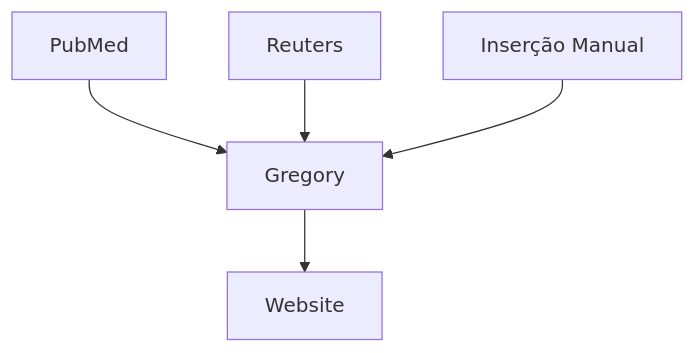
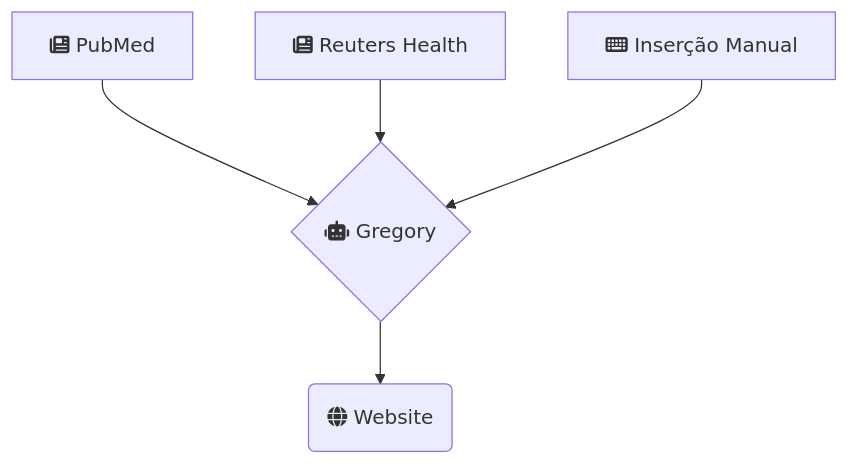
Before and after one commit to brunoamaral/gregory-ai: the diagram in content/about/index.md, drawn with Mermaid.

Commit message:
nicer graph

````diff
--- a/content/about/index.md
+++ b/content/about/index.md
@@ -25,7 +25,7 @@
 ```mermaid
 graph TD;
-    PubMed-->Gregory;
-    Reuters-->Gregory;
-    Manual[Inserção Manual]-->Gregory;
-    Gregory-->Website
+    PubMed[fa:fa-newspaper PubMed] -->Gregory;
+    Reuters[fa:fa-newspaper Reuters Health]-->Gregory;
+    Manual[fa:fa-keyboard Inserção Manual]-->Gregory;
+    Gregory{fa:fa-robot Gregory}-->Website(fa:fa-globe Website)
 ```
````
